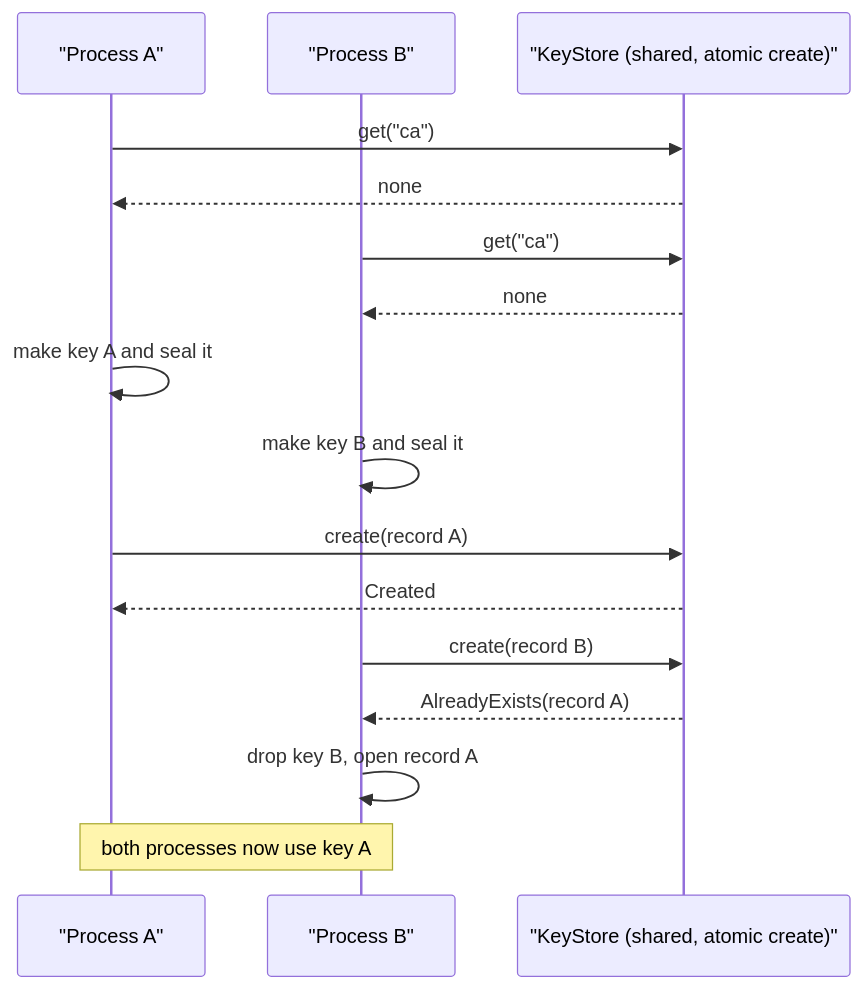
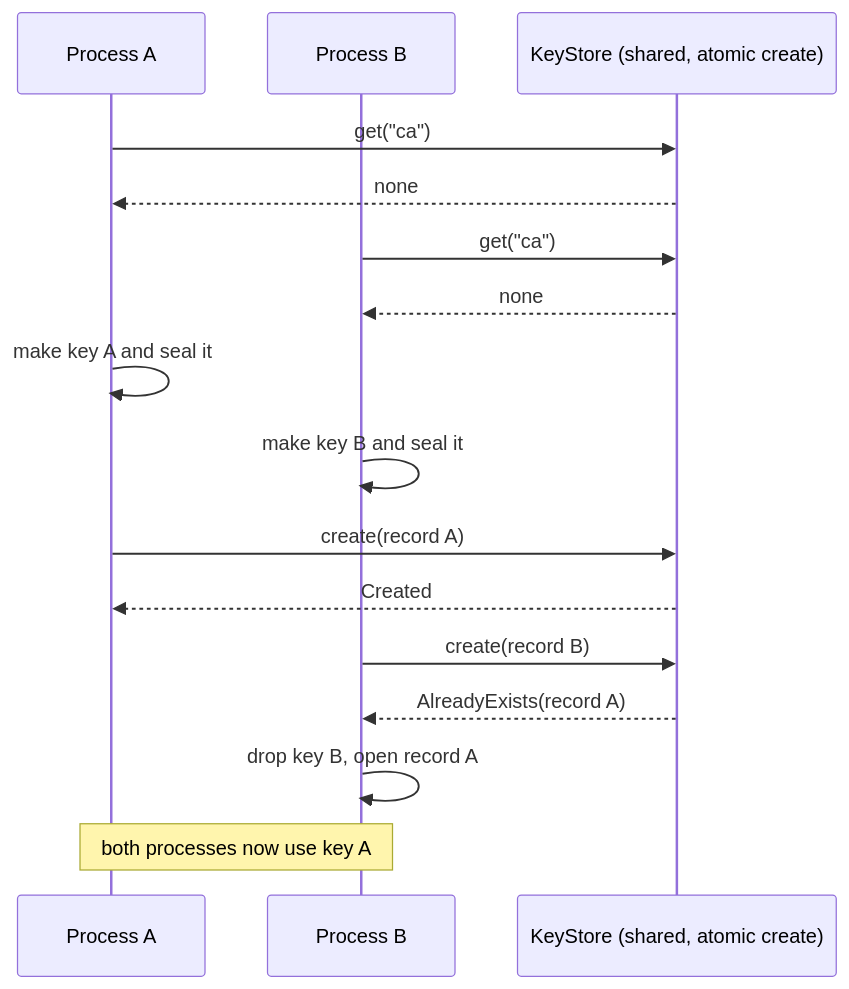
One commit to ewe-studios/ewe_platform changed the first of 2 diagrams in specifications/65-agent-rpc-serving-system/features/07-pluggable-agent-rpc/auth.md. Above: the diagram before and after it, drawn with Mermaid. The commit also changed other lines of this file and 3 other files, not shown here.

````diff
--- a/specifications/65-agent-rpc-serving-system/features/07-pluggable-agent-rpc/auth.md
+++ b/specifications/65-agent-rpc-serving-system/features/07-pluggable-agent-rpc/auth.md
@@ -1039,18 +1041,18 @@
 ```mermaid
 sequenceDiagram
-    participant A as "Process A"
-    participant B as "Process B"
-    participant S as "KeyStore (shared, atomic create)"
+    participant A as Process A
+    participant B as Process B
+    participant S as KeyStore (shared, atomic create)
     A->>S: get("ca")
     S-->>A: none
     B->>S: get("ca")
     S-->>B: none
     A->>A: make key A and seal it
     B->>B: make key B and seal it
     A->>S: create(record A)
     S-->>A: Created
     B->>S: create(record B)
     S-->>B: AlreadyExists(record A)
     B->>B: drop key B, open record A
     Note over A,B: both processes now use key A
 ```
````
